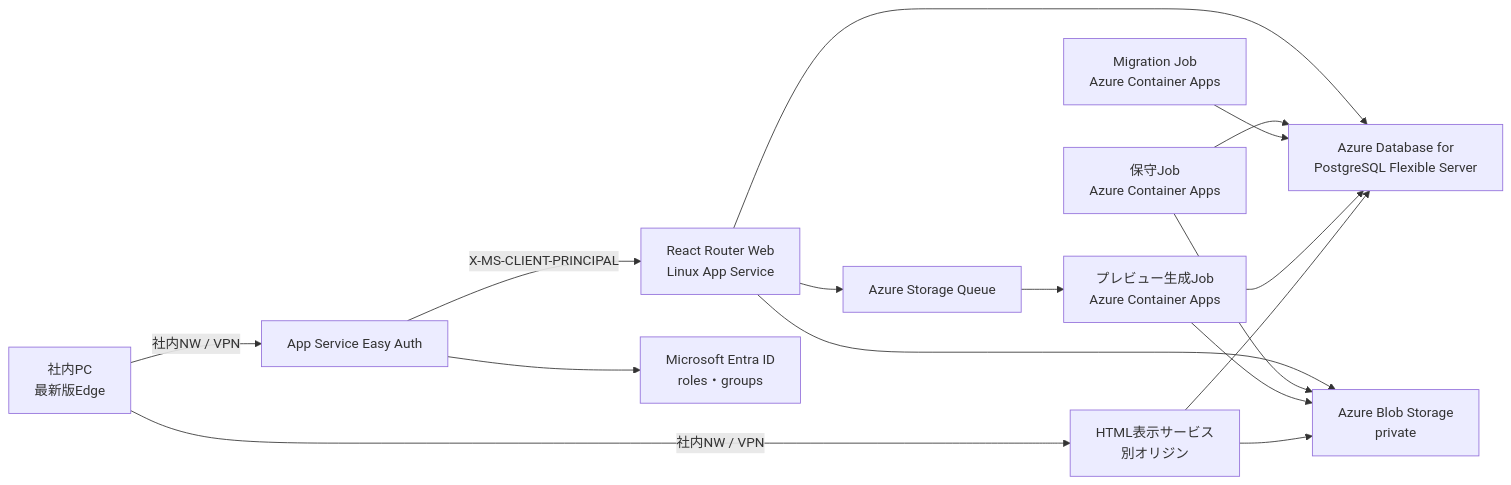
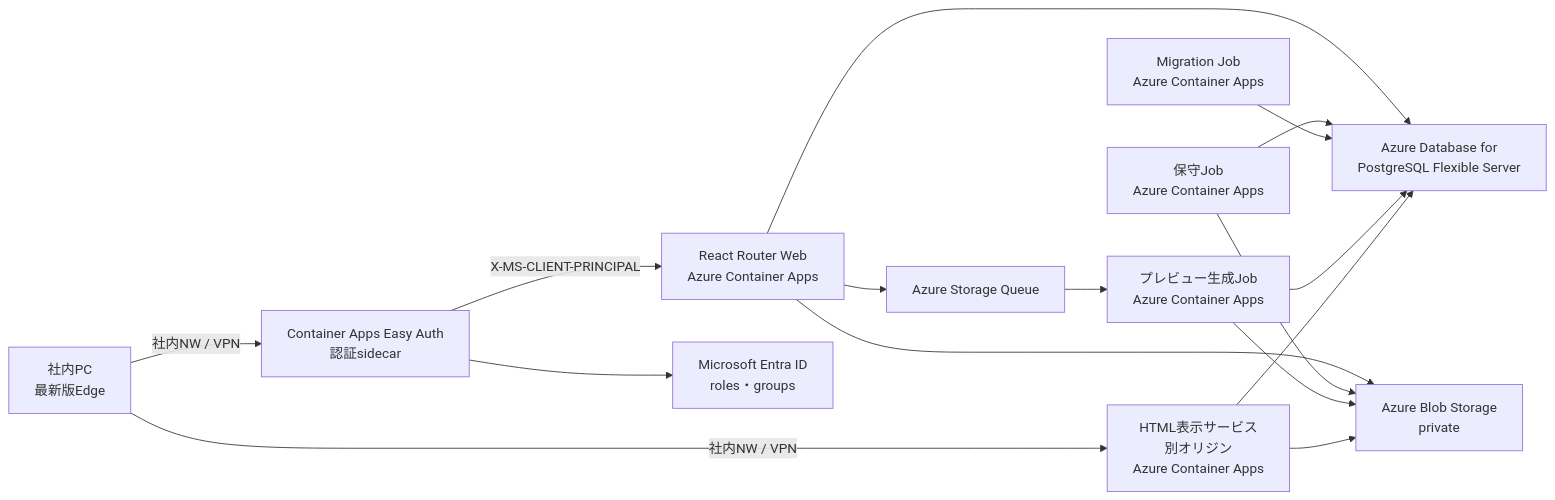
One commit to yamatairiku-dev/siryou-mite changed the first of 2 diagrams in docs/APPLICATION_DESIGN.md. Above: the diagram before and after it, drawn with Mermaid. The commit also changed other lines of this file, not shown here.

````diff
--- a/docs/APPLICATION_DESIGN.md
+++ b/docs/APPLICATION_DESIGN.md
@@ -302,18 +302,18 @@
 ```mermaid
 flowchart LR
-  U["社内PC<br>最新版Edge"] -->|社内NW / VPN| EA["App Service Easy Auth"]
-  EA -->|X-MS-CLIENT-PRINCIPAL| APP["React Router Web<br>Linux App Service"]
-  U -->|社内NW / VPN| VIEW["HTML表示サービス<br>別オリジン"]
+  U["社内PC<br>最新版Edge"] -->|社内NW / VPN| EA["Container Apps Easy Auth<br>認証sidecar"]
+  EA -->|X-MS-CLIENT-PRINCIPAL| APP["React Router Web<br>Azure Container Apps"]
+  U -->|社内NW / VPN| VIEW["HTML表示サービス<br>別オリジン<br>Azure Container Apps"]
   EA --> ENTRA["Microsoft Entra ID<br>roles・groups"]
   APP --> DB["Azure Database for<br>PostgreSQL Flexible Server"]
   APP --> BLOB["Azure Blob Storage<br>private"]
   APP --> QUEUE["Azure Storage Queue"]
   QUEUE --> WORKER["プレビュー生成Job<br>Azure Container Apps"]
   MAINT["保守Job<br>Azure Container Apps"] --> DB
   MAINT --> BLOB
   MIGRATE["Migration Job<br>Azure Container Apps"] --> DB
   WORKER --> BLOB
   WORKER --> DB
   VIEW --> BLOB
   VIEW --> DB
 ```
````
